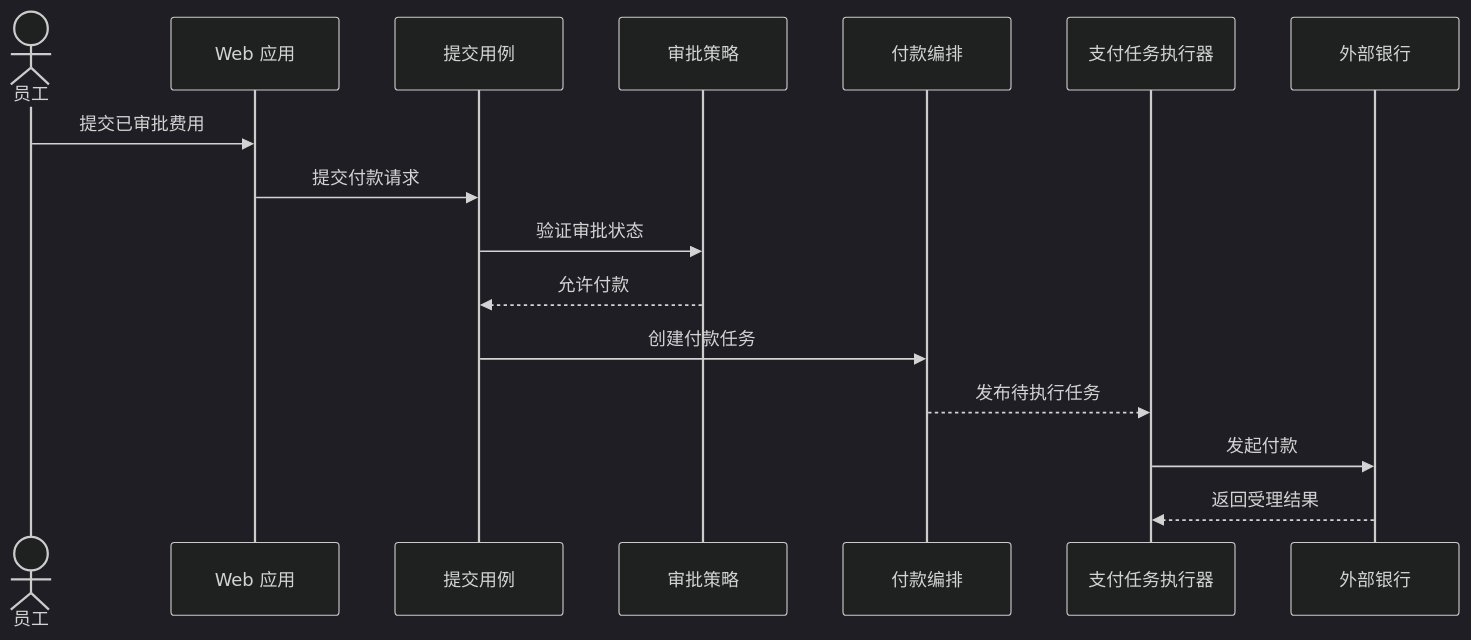
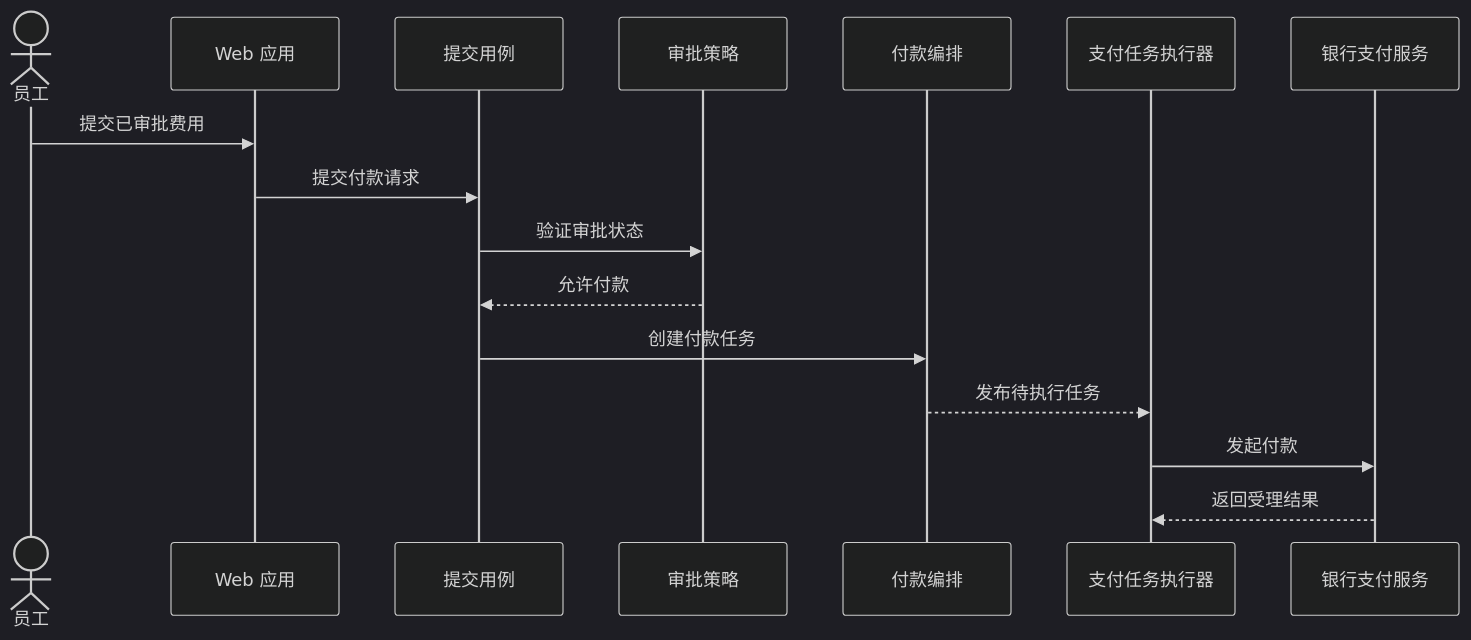
One commit to sealday/tego-arch changed the diagram in docs/superpowers/plans/2026-07-30-g008-batch1-model-selection-c4.md. Above: the diagram before and after it, drawn with Mermaid (dark theme). The commit also changed other lines of this file and 20 other files, not shown here.

````diff
--- a/docs/superpowers/plans/2026-07-30-g008-batch1-model-selection-c4.md
+++ b/docs/superpowers/plans/2026-07-30-g008-batch1-model-selection-c4.md
@@ -675,19 +675,19 @@
 ```mermaid
 sequenceDiagram
   actor Employee as 员工
   participant Web as Web 应用
   participant Submit as 提交用例
   participant Policy as 审批策略
   participant Payment as 付款编排
   participant Worker as 支付任务执行器
-  participant Bank as 外部银行
+  participant Bank as 银行支付服务
 
   Employee->>Web: 提交已审批费用
   Web->>Submit: 提交付款请求
   Submit->>Policy: 验证审批状态
   Policy-->>Submit: 允许付款
   Submit->>Payment: 创建付款任务
   Payment-->>Worker: 发布待执行任务
   Worker->>Bank: 发起付款
   Bank-->>Worker: 返回受理结果
 ```
````
